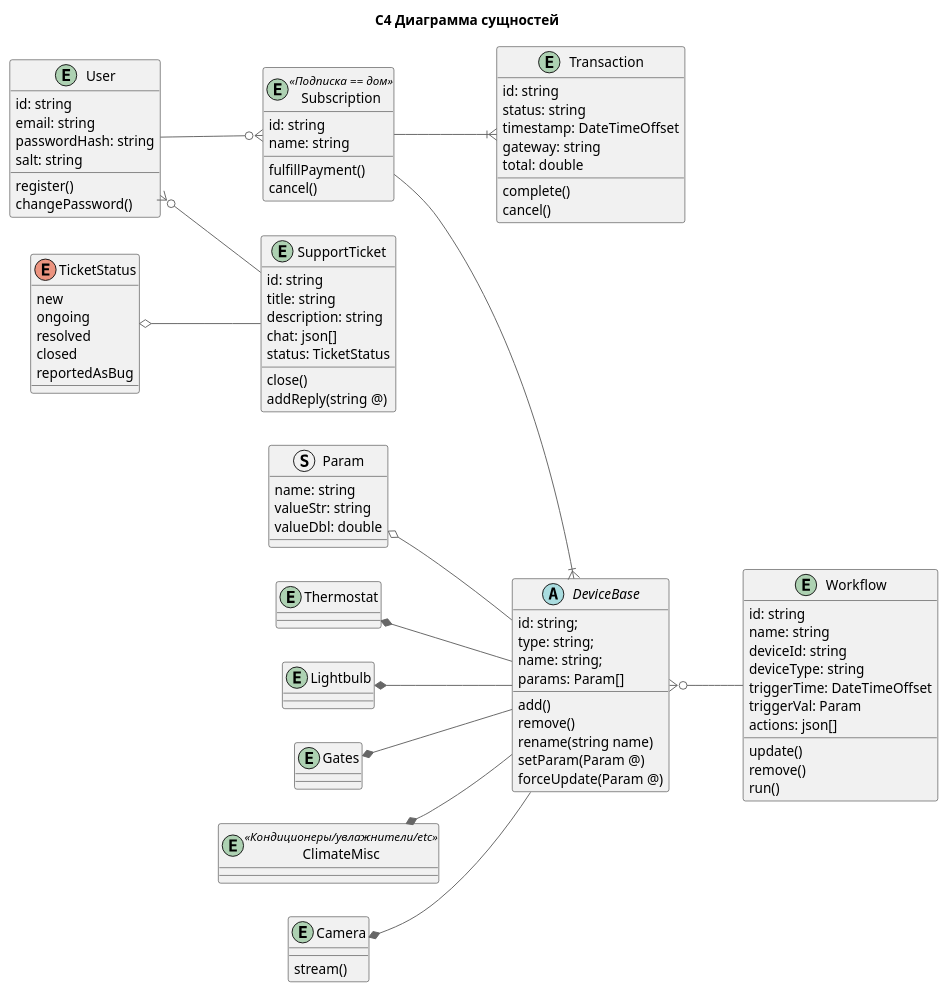
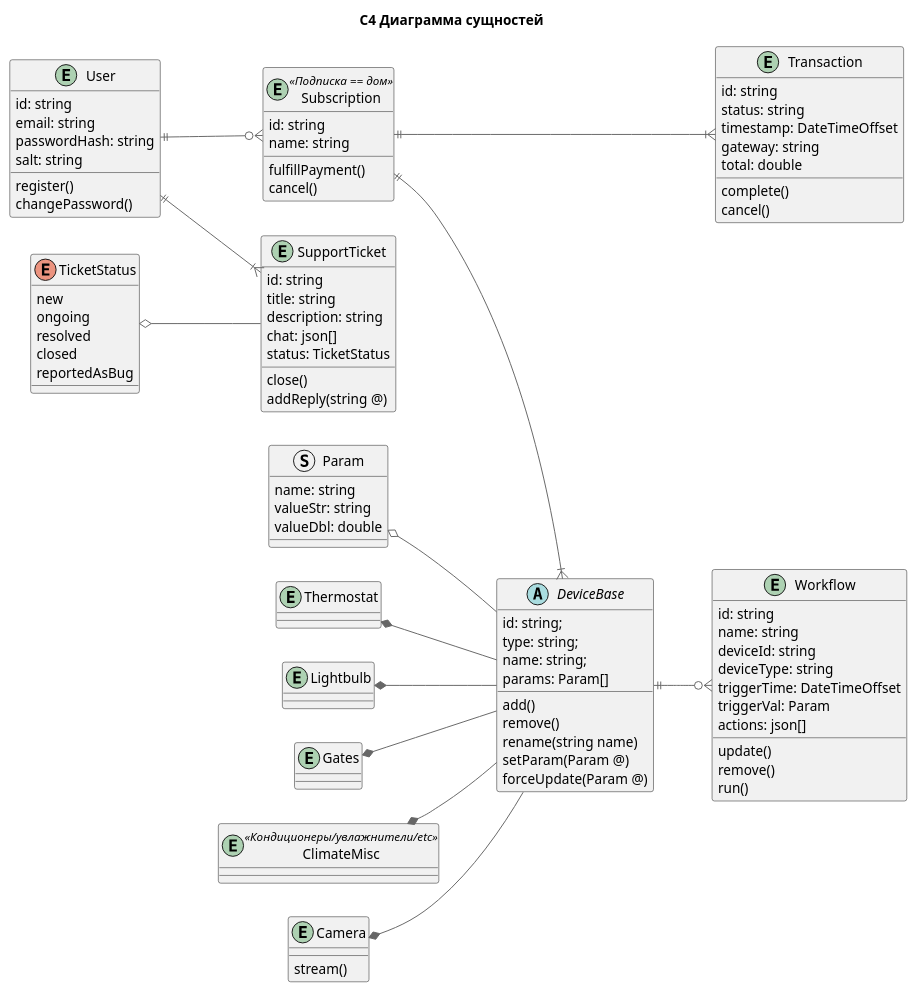
Before and after one commit to Adskoy/architecture_sprint_3: the diagram in diagrams/er.puml, drawn with PlantUML.

Commit message:
Исправил кривые связи на ER диаграмме

```diff
--- a/diagrams/er.puml
+++ b/diagrams/er.puml
@@ -1,113 +1,113 @@
 @startuml
 title C4 Диаграмма сущностей
 
 left to right direction
 
 !includeurl https://raw.githubusercontent.com/plantuml-stdlib/C4-PlantUML/master/C4_Component.puml
 
 entity User {
     id: string
     email: string
     passwordHash: string
     salt: string 
     register()
     changePassword()
 }
 
 entity Subscription <<Подписка == дом>> {
     id: string
     name: string
     fulfillPayment()
     cancel()
 }
 
 entity Transaction {
     id: string
     status: string
     timestamp: DateTimeOffset
     gateway: string
     total: double
     complete()
     cancel()
 }
 
 struct Param {
     name: string
     valueStr: string
     valueDbl: double
 }
 
 abstract class DeviceBase {
     id: string;
     type: string;
     name: string;
     params: Param[]
     add()
     remove()
     rename(string name)
     setParam(Param @)
     forceUpdate(Param @)    
 }
 
 entity Thermostat {
 }
 
 entity Lightbulb {
 }
 
 entity Gates {
 }
 
 entity ClimateMisc <<Кондиционеры/увлажнители/etc>> {
 }
 
 entity Camera {
     stream()
 }
 
 entity Workflow {
     id: string
     name: string
     deviceId: string
     deviceType: string
     triggerTime: DateTimeOffset
     triggerVal: Param
     actions: json[]
     update()
     remove()
     run()
 }
 
 enum TicketStatus {
     new
     ongoing
     resolved
     closed
     reportedAsBug
 }
 
 entity SupportTicket {
     id: string
     title: string
     description: string
     chat: json[]
     status: TicketStatus
     close()
     addReply(string @)
 }
 
-User }o-- SupportTicket
+User ||--|{ SupportTicket
 TicketStatus o-- SupportTicket
 Param o-- DeviceBase
 Camera *-- DeviceBase
 ClimateMisc *-- DeviceBase
 Gates *-- DeviceBase
 Thermostat *-- DeviceBase
 Lightbulb *-- DeviceBase
-User --o{ Subscription
-Subscription --|{ Transaction
-Subscription --|{ DeviceBase
-DeviceBase }o-- Workflow
+User ||--o{ Subscription
+Subscription ||---|{ Transaction
+Subscription ||--|{ DeviceBase
+DeviceBase ||--o{ Workflow
 
 
 @enduml
```
